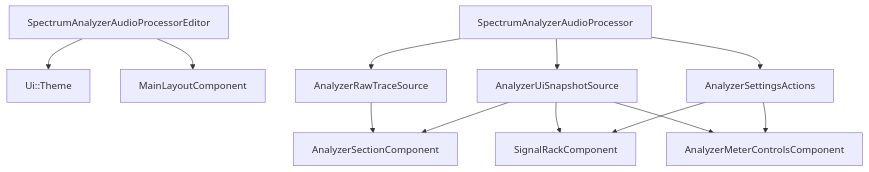
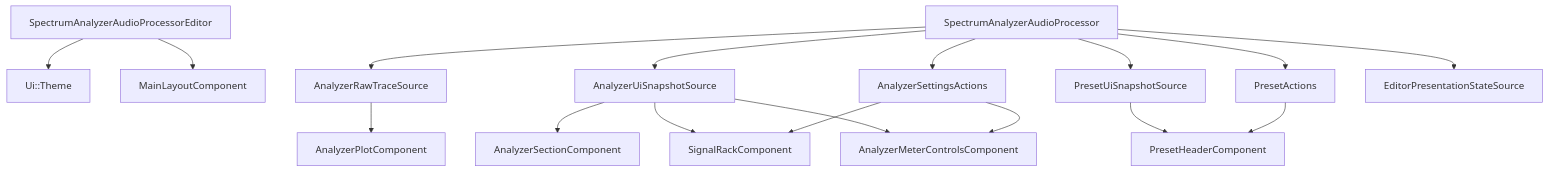
The diagram in docs/ui-architecture.md (Silenterc/Band-Spectrum-Analyzer), drawn with Mermaid before and after one commit. The commit also changed other lines of this file and 107 other files, not shown here.

Commit message:
Unify architecture

````diff
--- a/docs/ui-architecture.md
+++ b/docs/ui-architecture.md
@@ -12,16 +39,21 @@
 ```mermaid
 flowchart TD
     Editor[SpectrumAnalyzerAudioProcessorEditor] --> Theme[Ui::Theme]
     Editor --> Layout[MainLayoutComponent]
 
     Processor[SpectrumAnalyzerAudioProcessor] --> RawSource[AnalyzerRawTraceSource]
-    Processor --> Snapshot[AnalyzerUiSnapshotSource]
-    Processor --> Actions[AnalyzerSettingsActions]
+    Processor --> AnalyzerSnapshot[AnalyzerUiSnapshotSource]
+    Processor --> AnalyzerActions[AnalyzerSettingsActions]
+    Processor --> PresetSnapshot[PresetUiSnapshotSource]
+    Processor --> PresetActions[PresetActions]
+    Processor --> Presentation[EditorPresentationStateSource]
 
-    RawSource --> AnalyzerSection[AnalyzerSectionComponent]
-    Snapshot --> AnalyzerSection
-    Snapshot --> Rack[SignalRackComponent]
-    Snapshot --> Strip[AnalyzerMeterControlsComponent]
-    Actions --> Rack
-    Actions --> Strip
+    RawSource --> AnalyzerPlot[AnalyzerPlotComponent]
+    AnalyzerSnapshot --> AnalyzerSection[AnalyzerSectionComponent]
+    AnalyzerSnapshot --> Rack[SignalRackComponent]
+    AnalyzerSnapshot --> Strip[AnalyzerMeterControlsComponent]
+    PresetSnapshot --> Header[PresetHeaderComponent]
+    PresetActions --> Header
+    AnalyzerActions --> Rack
+    AnalyzerActions --> Strip
 ```
````
